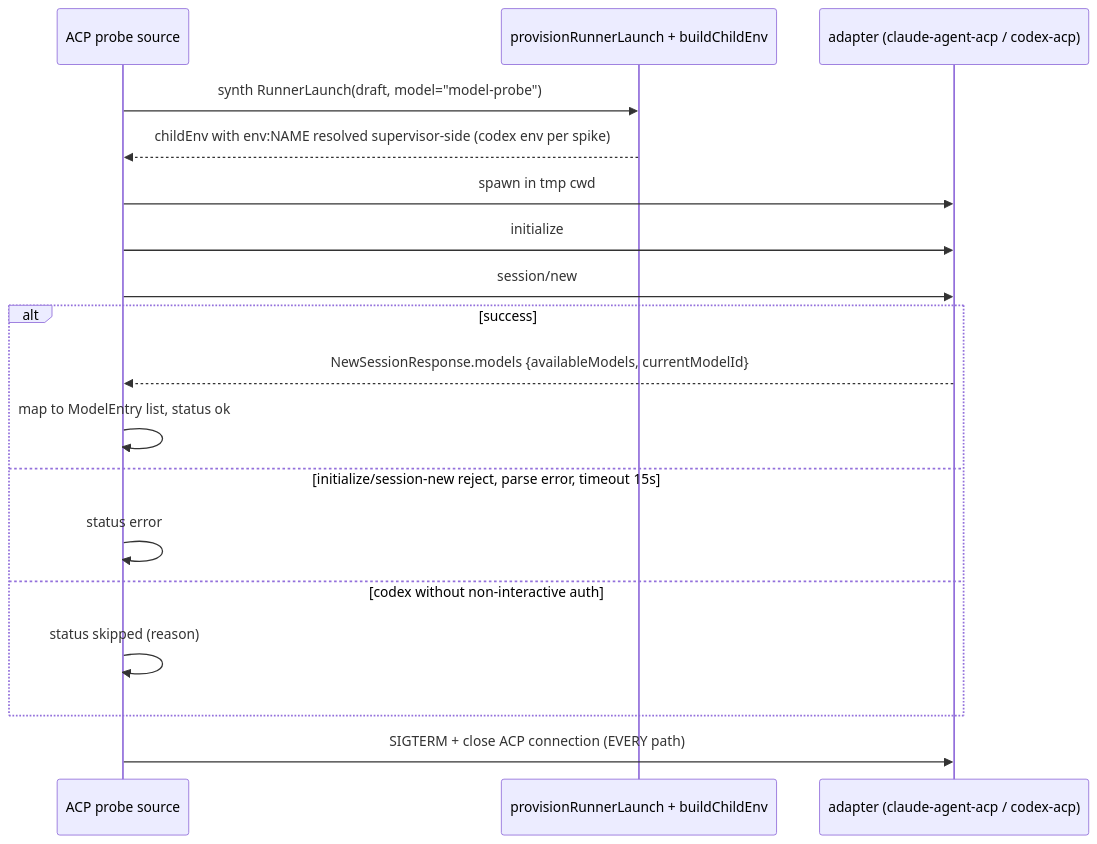
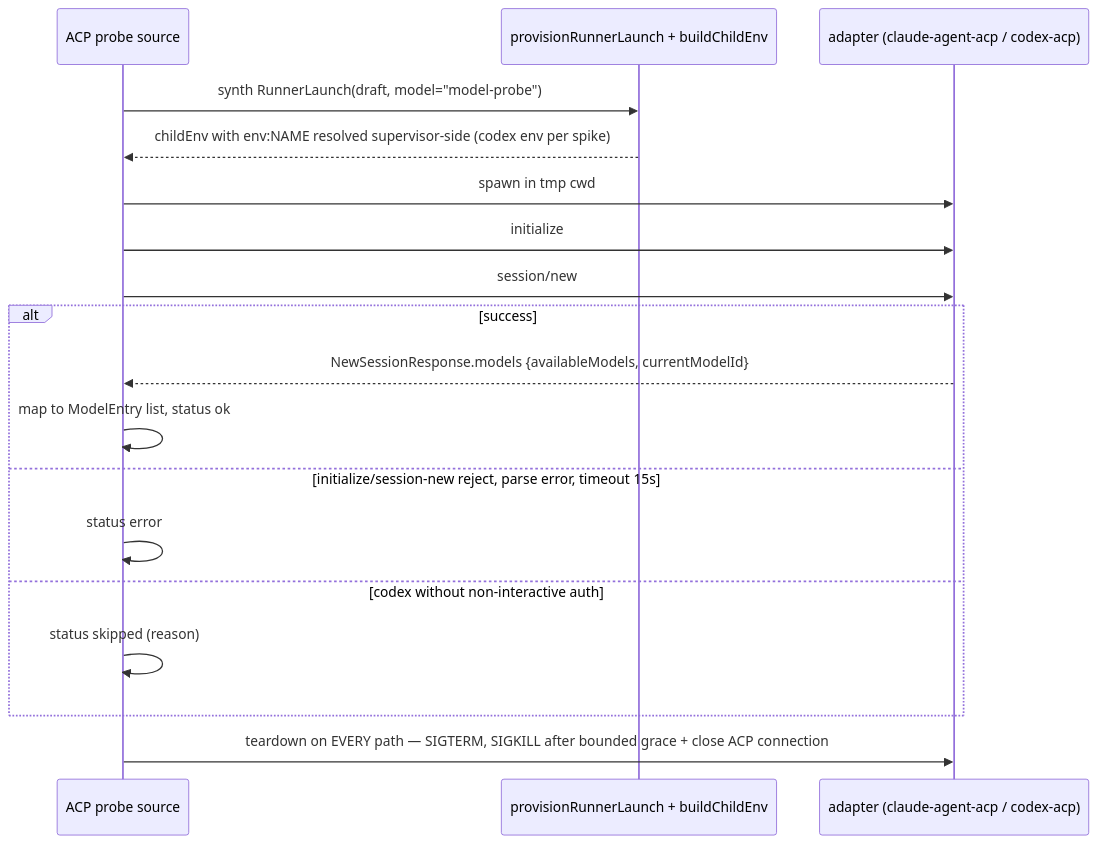
Before and after one commit to maister-dev/maister: the third of 5 diagrams in docs/system-analytics/model-catalog.md, drawn with Mermaid. The commit also changed other lines of this file and 40 other files, not shown here.

````diff
--- a/docs/system-analytics/model-catalog.md
+++ b/docs/system-analytics/model-catalog.md
@@ -128,21 +130,21 @@
 ```mermaid
 sequenceDiagram
     participant Src as ACP probe source
     participant Prov as provisionRunnerLaunch + buildChildEnv
     participant Child as adapter (claude-agent-acp / codex-acp)
 
     Src->>Prov: synth RunnerLaunch(draft, model="model-probe")
     Prov-->>Src: childEnv with env:NAME resolved supervisor-side (codex env per spike)
     Src->>Child: spawn in tmp cwd
     Src->>Child: initialize
     Src->>Child: session/new
     alt success
         Child-->>Src: NewSessionResponse.models {availableModels, currentModelId}
         Src->>Src: map to ModelEntry list, status ok
     else initialize/session-new reject, parse error, timeout 15s
         Src->>Src: status error
     else codex without non-interactive auth
         Src->>Src: status skipped (reason)
     end
-    Src->>Child: SIGTERM + close ACP connection (EVERY path)
+    Src->>Child: teardown on EVERY path — SIGTERM, SIGKILL after bounded grace + close ACP connection
 ```
````
